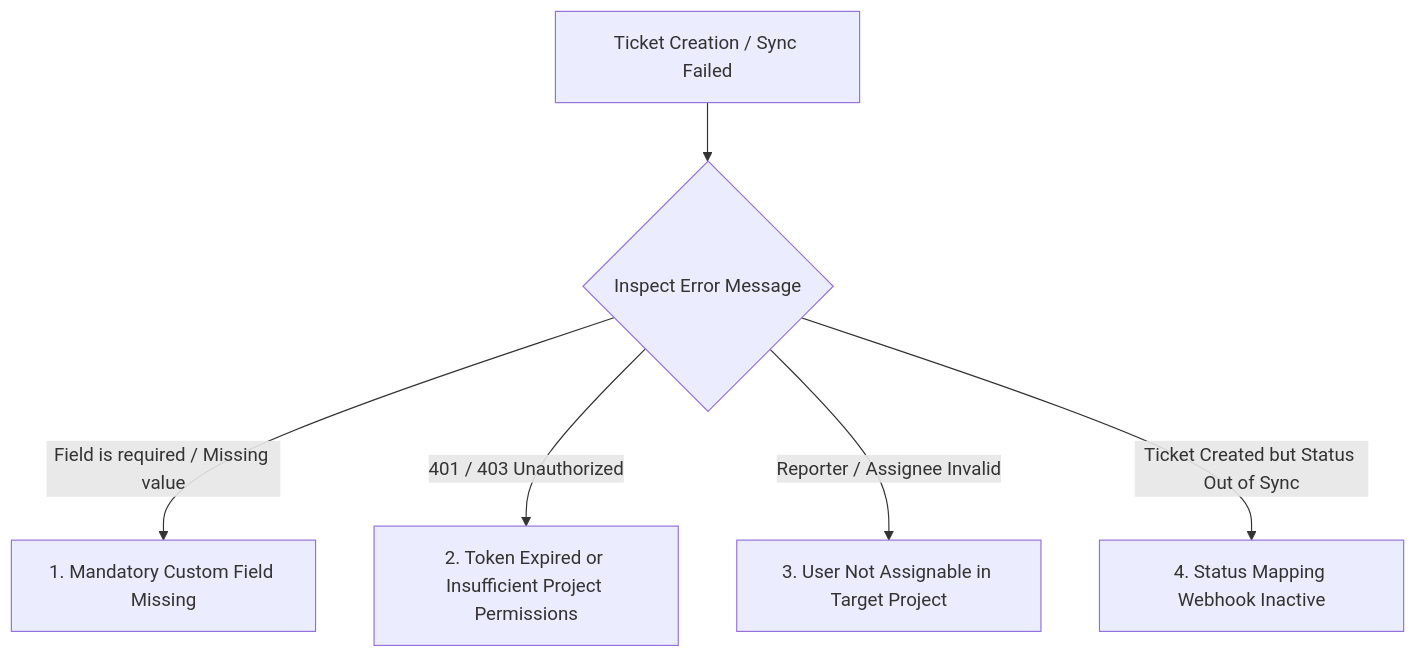
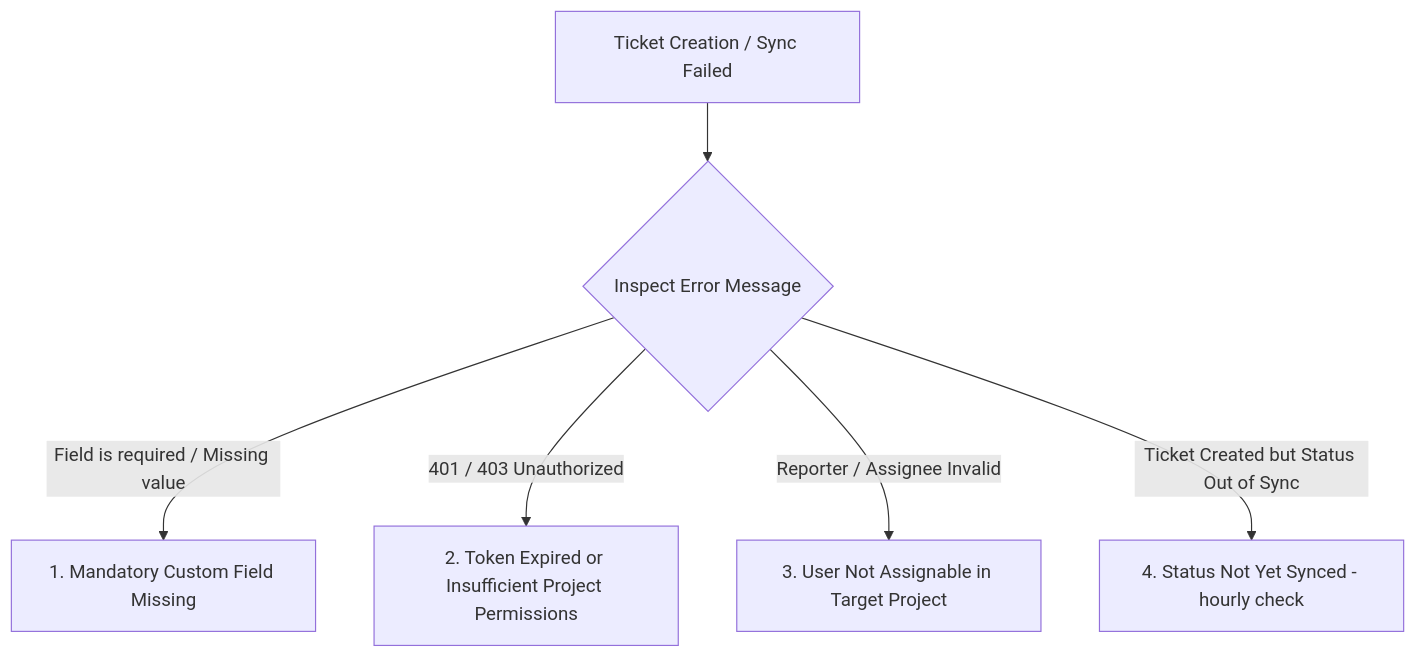
One commit to nudgebee/nudgebee-docs changed the diagram in doc-server/docs/integrations/Tickets/ticket-integrations-troubleshooting.md. Above: the diagram before and after it, drawn with Mermaid. The commit also changed other lines of this file and 6 other files, not shown here.

````diff
--- a/doc-server/docs/integrations/Tickets/ticket-integrations-troubleshooting.md
+++ b/doc-server/docs/integrations/Tickets/ticket-integrations-troubleshooting.md
@@ -19,9 +19,9 @@
 ```mermaid
 flowchart TD
     Start[Ticket Creation / Sync Failed] --> ErrorType{Inspect Error Message}
 
     ErrorType -->|Field is required / Missing value| F1[1. Mandatory Custom Field Missing]
     ErrorType -->|401 / 403 Unauthorized| F2[2. Token Expired or Insufficient Project Permissions]
     ErrorType -->|Reporter / Assignee Invalid| F3[3. User Not Assignable in Target Project]
-    ErrorType -->|Ticket Created but Status Out of Sync| F4[4. Status Mapping Webhook Inactive]
+    ErrorType -->|Ticket Created but Status Out of Sync| F4[4. Status Not Yet Synced - hourly check]
 ```
````
